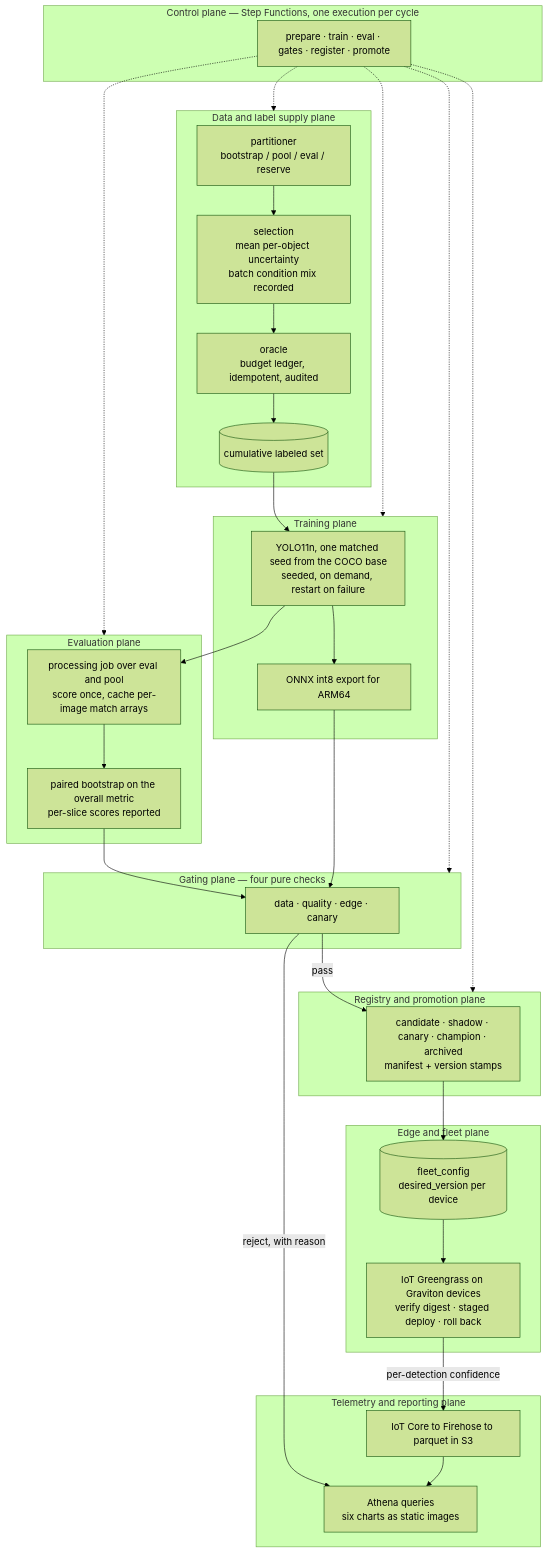
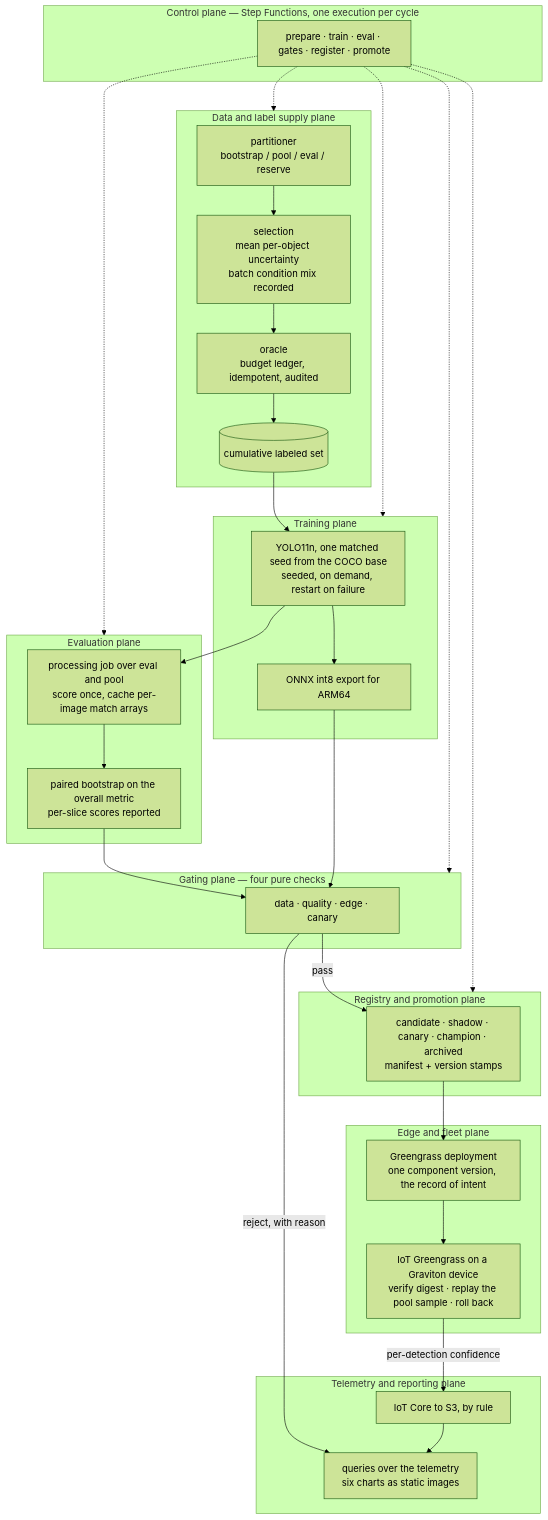
The diagram in docs/00-overview.md (arnavnair220/edge-ml-flywheel), drawn with Mermaid (forest theme) before and after one commit. The commit also changed other lines of this file and 3 other files, not shown here.

````diff
--- a/docs/00-overview.md
+++ b/docs/00-overview.md
@@ -86,63 +86,63 @@
 ```mermaid
 flowchart TB
     subgraph CTRL["Control plane — Step Functions, one execution per cycle"]
         SFN["prepare · train · eval · gates · register · promote"]
     end
 
     subgraph DATA["Data and label supply plane"]
         PART["partitioner<br/>bootstrap / pool / eval / reserve"]
         SEL["selection<br/>mean per-object uncertainty<br/>batch condition mix recorded"]
         ORACLE["oracle<br/>budget ledger, idempotent, audited"]
         POOL[("cumulative labeled set")]
     end
 
     subgraph TRAIN["Training plane"]
         SEEDS["YOLO11n, one matched seed from the COCO base<br/>seeded, on demand, restart on failure"]
         EXPORT["ONNX int8 export for ARM64"]
     end
 
     subgraph EVAL["Evaluation plane"]
         SCORE["processing job over eval and pool<br/>score once, cache per-image match arrays"]
         BOOT["paired bootstrap on the overall metric<br/>per-slice scores reported"]
     end
 
     subgraph GATE["Gating plane — four pure checks"]
         G["data · quality · edge · canary"]
     end
 
     subgraph REG["Registry and promotion plane"]
         SM["candidate · shadow · canary · champion · archived<br/>manifest + version stamps"]
     end
 
     subgraph EDGE["Edge and fleet plane"]
-        CFG[("fleet_config<br/>desired_version per device")]
-        AGENT["IoT Greengrass on Graviton devices<br/>verify digest · staged deploy · roll back"]
+        CFG["Greengrass deployment<br/>one component version, the record of intent"]
+        AGENT["IoT Greengrass on a Graviton device<br/>verify digest · replay the pool sample · roll back"]
     end
 
     subgraph OBS["Telemetry and reporting plane"]
-        TEL["IoT Core to Firehose to parquet in S3"]
-        DASH["Athena queries<br/>six charts as static images"]
+        TEL["IoT Core to S3, by rule"]
+        DASH["queries over the telemetry<br/>six charts as static images"]
     end
 
     PART --> SEL
     SEL --> ORACLE
     ORACLE --> POOL
     POOL --> SEEDS
     SEEDS --> SCORE
     SCORE --> BOOT
     BOOT --> G
     SEEDS --> EXPORT
     EXPORT --> G
     G -->|pass| SM
     G -->|"reject, with reason"| DASH
     SM --> CFG
     CFG --> AGENT
     AGENT -->|"per-detection confidence"| TEL
     TEL --> DASH
 
     SFN -.-> DATA
     SFN -.-> TRAIN
     SFN -.-> EVAL
     SFN -.-> GATE
     SFN -.-> REG
 ```
````
